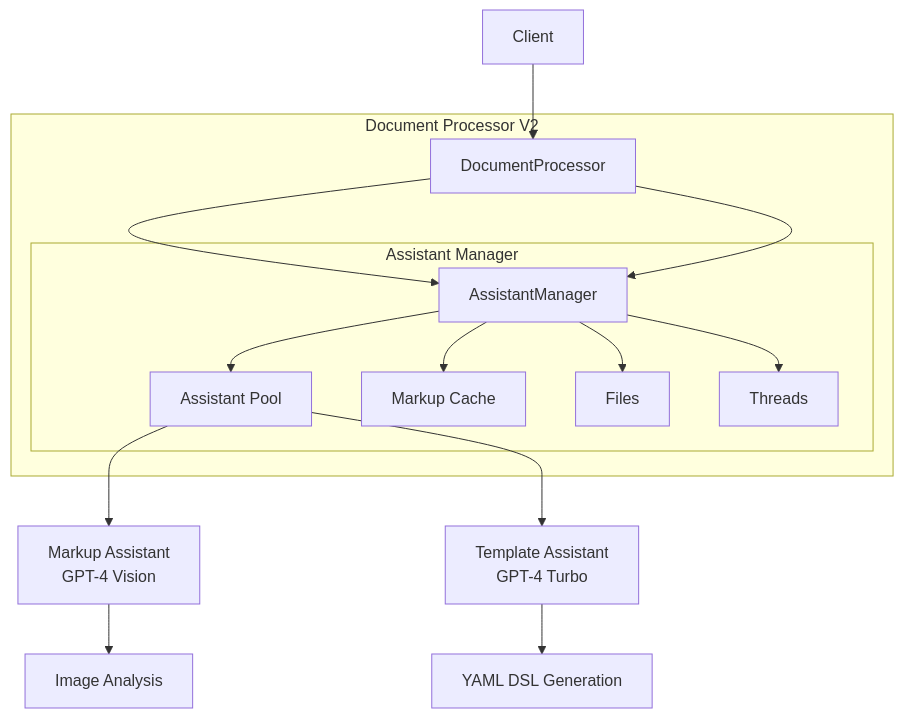
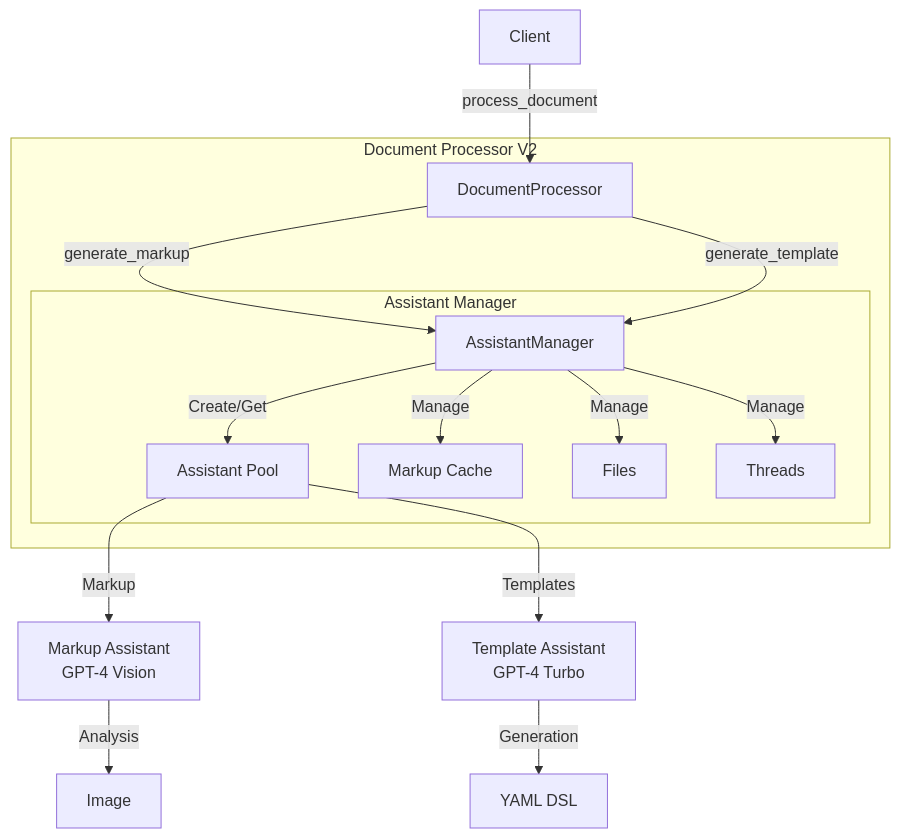
The first of 7 diagrams in docs-task/document_processor_v2/ARCHITECTURE.md (olegische/roro-tasks), drawn with Mermaid before and after one commit.

````diff
--- a/docs-task/document_processor_v2/ARCHITECTURE.md
+++ b/docs-task/document_processor_v2/ARCHITECTURE.md
@@ -5,22 +5,22 @@
 ```mermaid
 graph TB
-    Client --> DP["DocumentProcessor"]
+    Client -->|process_document| DP[DocumentProcessor]
     
     subgraph "Document Processor V2"
-        DP --> AM["AssistantManager"]
-        DP --> AM
+        DP -->|generate_markup| AM[AssistantManager]
+        DP -->|generate_template| AM
         
         subgraph "Assistant Manager"
-            AM --> Assistants["Assistant Pool"]
-            AM --> Cache["Markup Cache"]
-            AM --> Files["Files"]
-            AM --> Threads["Threads"]
+            AM -->|Create/Get| Assistants[Assistant Pool]
+            AM -->|Manage| Cache[Markup Cache]
+            AM -->|Manage| Files[Files]
+            AM -->|Manage| Threads[Threads]
         end
     end
     
-    Assistants --> MA["Markup Assistant\nGPT-4 Vision"]
-    Assistants --> TA["Template Assistant\nGPT-4 Turbo"]
+    Assistants -->|Markup| MA[Markup Assistant\nGPT-4 Vision]
+    Assistants -->|Templates| TA[Template Assistant\nGPT-4 Turbo]
     
-    MA --> Image["Image Analysis"]
-    TA --> DSL["YAML DSL Generation"]
+    MA -->|Analysis| Image[Image]
+    TA -->|Generation| DSL[YAML DSL]
 ```
````
